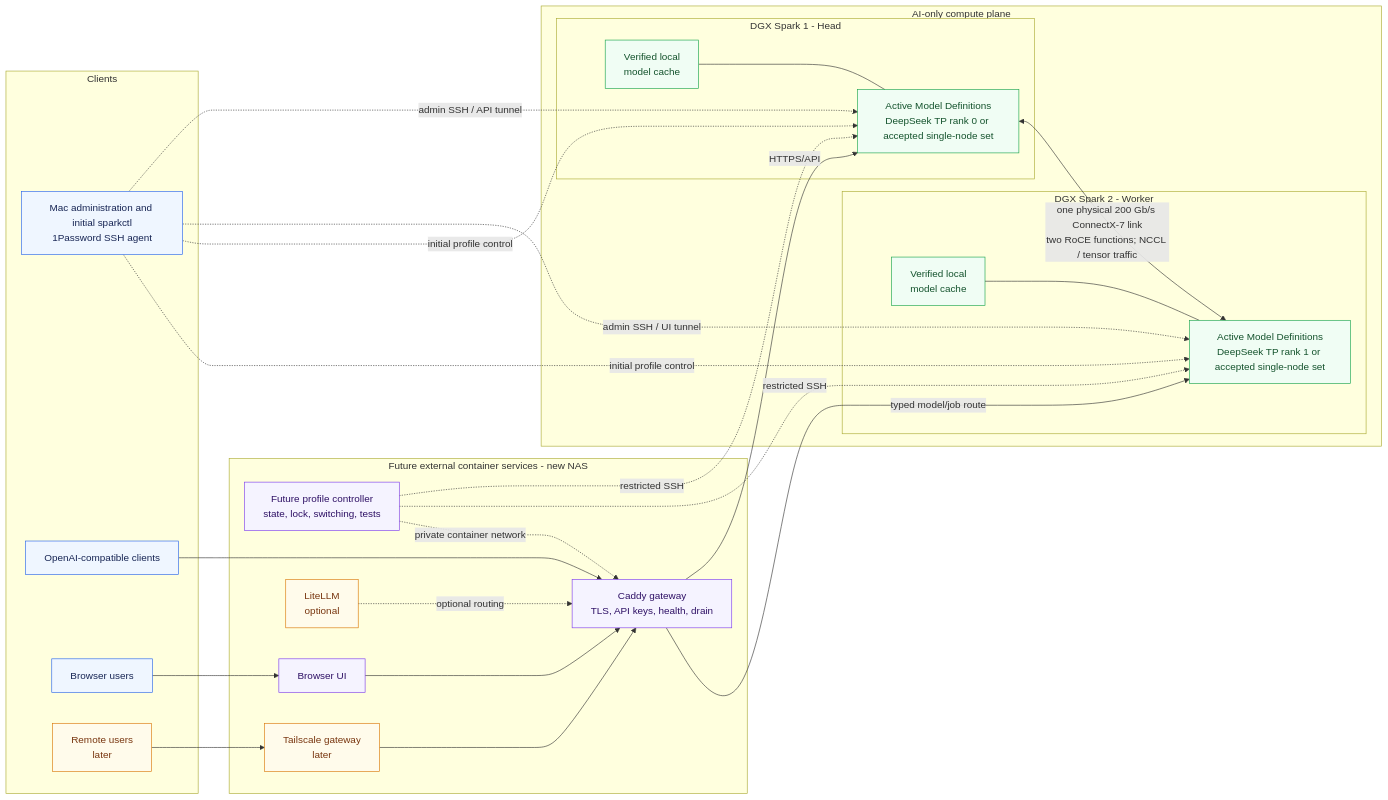
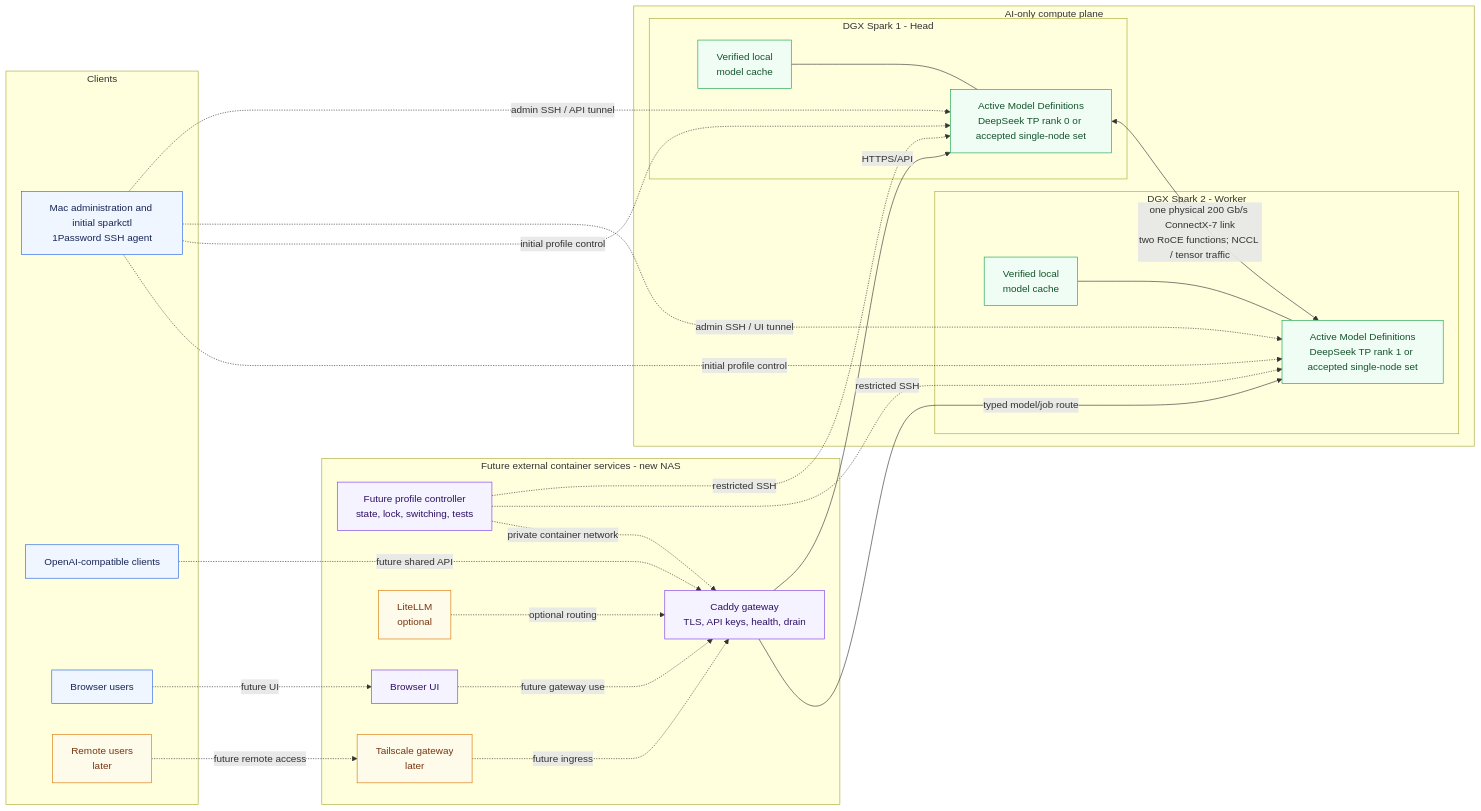
The first of 2 diagrams in docs/architecture-overview.md (CarstVaartjes/DGX-Forge), drawn with Mermaid before and after one commit. The commit also changed other lines of this file and 3 other files, not shown here.

````diff
--- a/docs/architecture-overview.md
+++ b/docs/architecture-overview.md
@@ -10,57 +10,57 @@
 ```mermaid
 flowchart LR
     subgraph clients[Clients]
         mac[Mac administration and initial sparkctl<br/>1Password SSH agent]
         api[OpenAI-compatible clients]
         browser[Browser users]
         remote[Remote users<br/>later]
     end
 
     subgraph external[Future external container services - new NAS]
         caddy[Caddy gateway<br/>TLS, API keys, health, drain]
         controller[Future profile controller<br/>state, lock, switching, tests]
         ui[Browser UI]
         litellm[LiteLLM<br/>optional]
         tailscale[Tailscale gateway<br/>later]
     end
 
     subgraph compute[AI-only compute plane]
         subgraph spark1[DGX Spark 1 - Head]
             head[Active Model Definitions<br/>DeepSeek TP rank 0 or accepted single-node set]
             cache1[Verified local<br/>model cache]
         end
         subgraph spark2[DGX Spark 2 - Worker]
             worker[Active Model Definitions<br/>DeepSeek TP rank 1 or accepted single-node set]
             cache2[Verified local<br/>model cache]
         end
     end
 
-    remote --> tailscale
-    tailscale --> caddy
-    api --> caddy
-    browser --> ui
-    ui --> caddy
+    remote -. future remote access .-> tailscale
+    tailscale -. future ingress .-> caddy
+    api -. future shared API .-> caddy
+    browser -. future UI .-> ui
+    ui -. future gateway use .-> caddy
     litellm -. optional routing .-> caddy
     caddy -->|HTTPS/API| head
     caddy -->|typed model/job route| worker
     mac -. admin SSH / API tunnel .-> head
     mac -. admin SSH / UI tunnel .-> worker
     mac -. initial profile control .-> head
     mac -. initial profile control .-> worker
     controller -. restricted SSH .-> head
     controller -. restricted SSH .-> worker
     controller -. private container network .-> caddy
     head <-->|one physical 200 Gb/s ConnectX-7 link<br/>two RoCE functions; NCCL / tensor traffic| worker
     cache1 --- head
     cache2 --- worker
 
     classDef client fill:#eff6ff,stroke:#2563eb,color:#172554;
     classDef control fill:#f5f3ff,stroke:#7c3aed,color:#2e1065;
     classDef ai fill:#f0fdf4,stroke:#16a34a,color:#14532d;
     classDef future fill:#fffbeb,stroke:#d97706,color:#78350f;
     class mac,api,browser client;
     class remote future;
     class caddy,controller,ui control;
     class litellm,tailscale future;
     class head,worker,cache1,cache2 ai;
 ```
````
